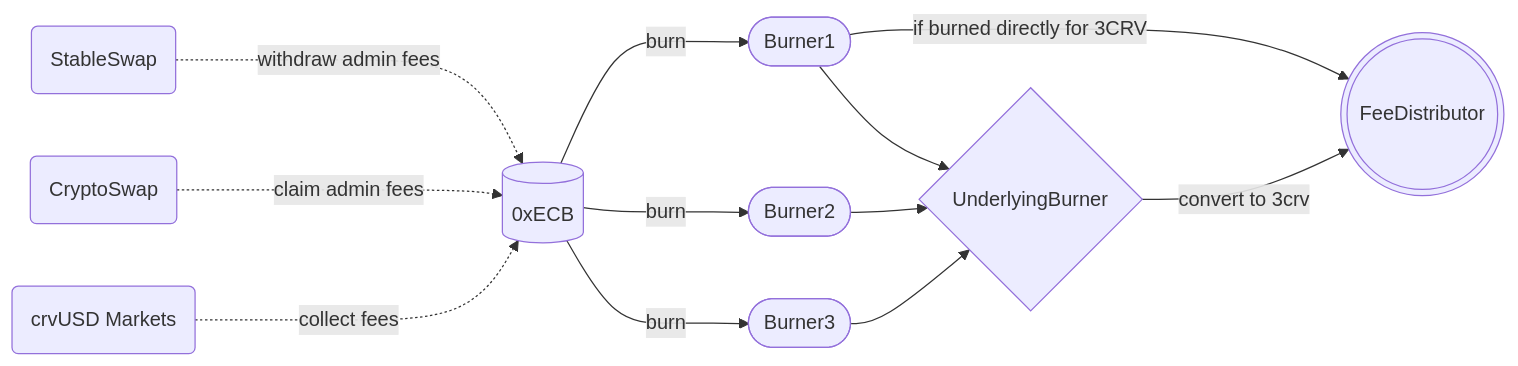
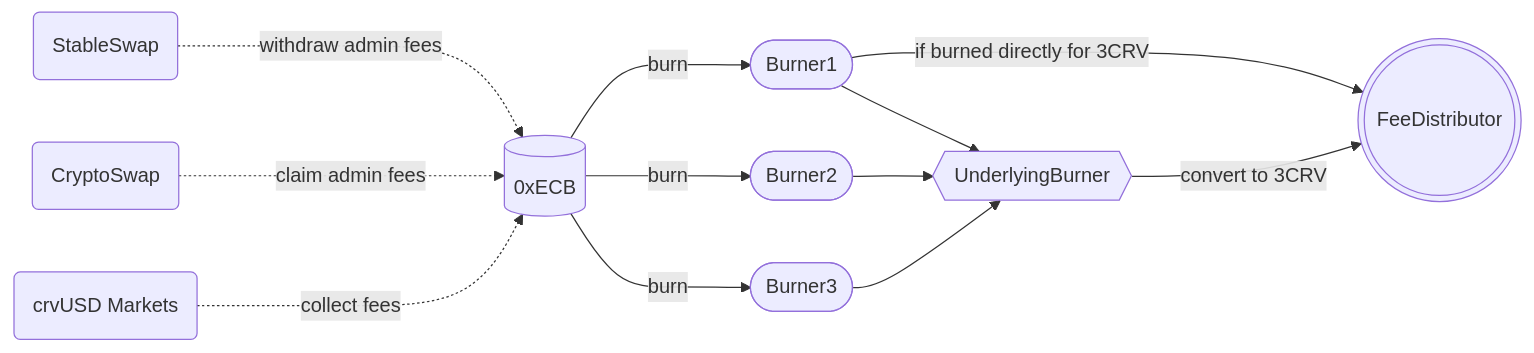
The diagram in docs/curve_dao/fee-collection-distribution/burner.md (CurveDocs/curve-docs), drawn with Mermaid before and after one commit.

Commit message:
fix flowchart

````diff
--- a/docs/curve_dao/fee-collection-distribution/burner.md
+++ b/docs/curve_dao/fee-collection-distribution/burner.md
@@ -11,18 +11,18 @@
 ```mermaid
 flowchart LR
 
   p[(0xECB)]
   v1(StableSwap) ..->|withdraw admin fees| p;
   v2(CryptoSwap) ..-> |claim admin fees| p;
   crvUSD(crvUSD Markets) ..-> |collect fees| p;
 
   p --->|burn| b1([Burner1]);
   p -->|burn| b2([Burner2]);
   p -->|burn| b3([Burner3]);
 
-  b1 --> UnderlyingBurner[UnderlyingBurner]
+  b1 --> ub{{UnderlyingBurner}}
   b1 --> |if burned directly for 3CRV| fd(((FeeDistributor)))
-  b2 --> UnderlyingBurner[UnderlyingBurner]
-  b3 --> UnderlyingBurner[UnderlyingBurner]
-  UnderlyingBurner{UnderlyingBurner} --> |convert to 3crv| fd
+  b2 --> ub
+  b3 --> ub
+  ub --> |convert to 3CRV| fd
 ```
````
